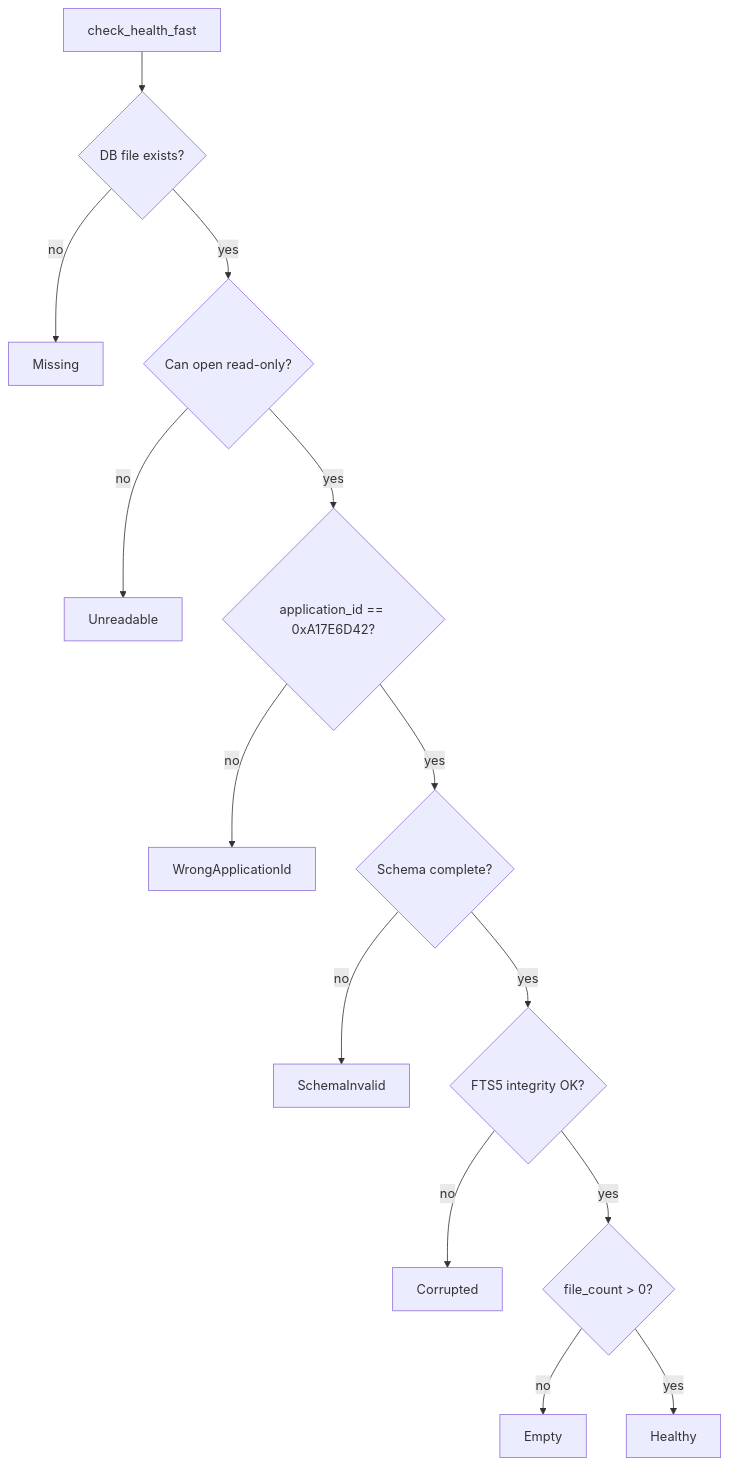
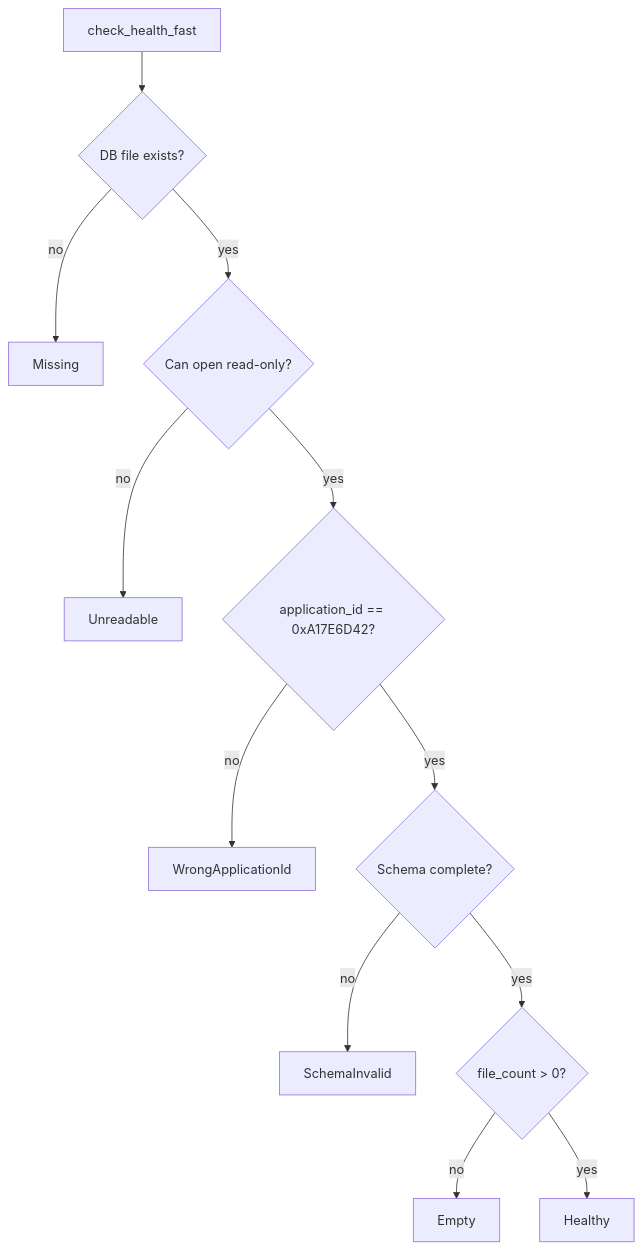
The second of 5 diagrams in docs/state-machines/04-search-flow.md (mneves75/ffts-grep), drawn with Mermaid before and after one commit. The commit also changed other lines of this file and 23 other files, not shown here.

````diff
--- a/docs/state-machines/04-search-flow.md
+++ b/docs/state-machines/04-search-flow.md
@@ -74,16 +74,14 @@
 ```mermaid
 flowchart TD
     A[check_health_fast] --> B{DB file exists?}
     B -->|no| C[Missing]
     B -->|yes| D{Can open read-only?}
     D -->|no| E[Unreadable]
     D -->|yes| F{application_id == 0xA17E6D42?}
     F -->|no| G[WrongApplicationId]
     F -->|yes| H{Schema complete?}
     H -->|no| I[SchemaInvalid]
-    H -->|yes| J{FTS5 integrity OK?}
-    J -->|no| K[Corrupted]
-    J -->|yes| L{file_count > 0?}
-    L -->|no| M[Empty]
-    L -->|yes| N[Healthy]
+    H -->|yes| J{file_count > 0?}
+    J -->|no| K[Empty]
+    J -->|yes| L[Healthy]
 ```
````
